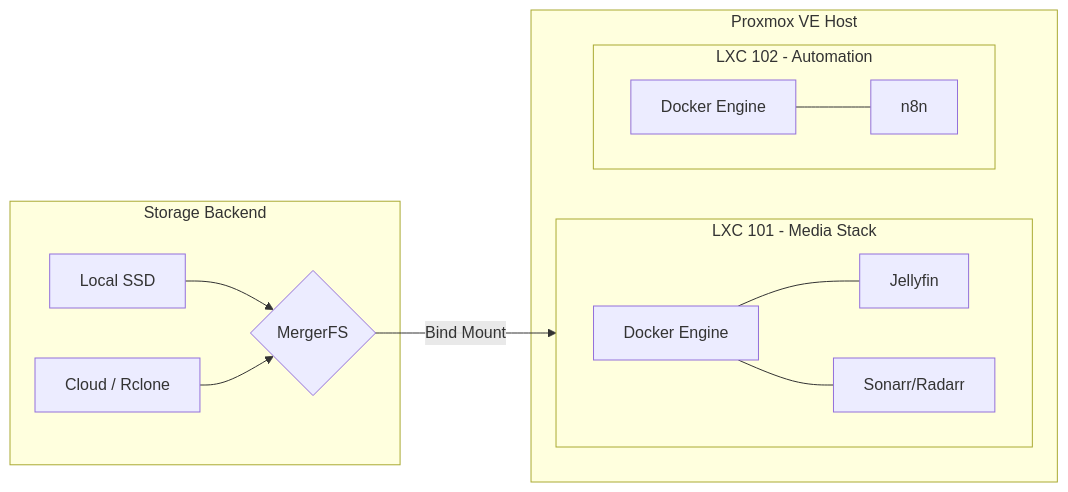
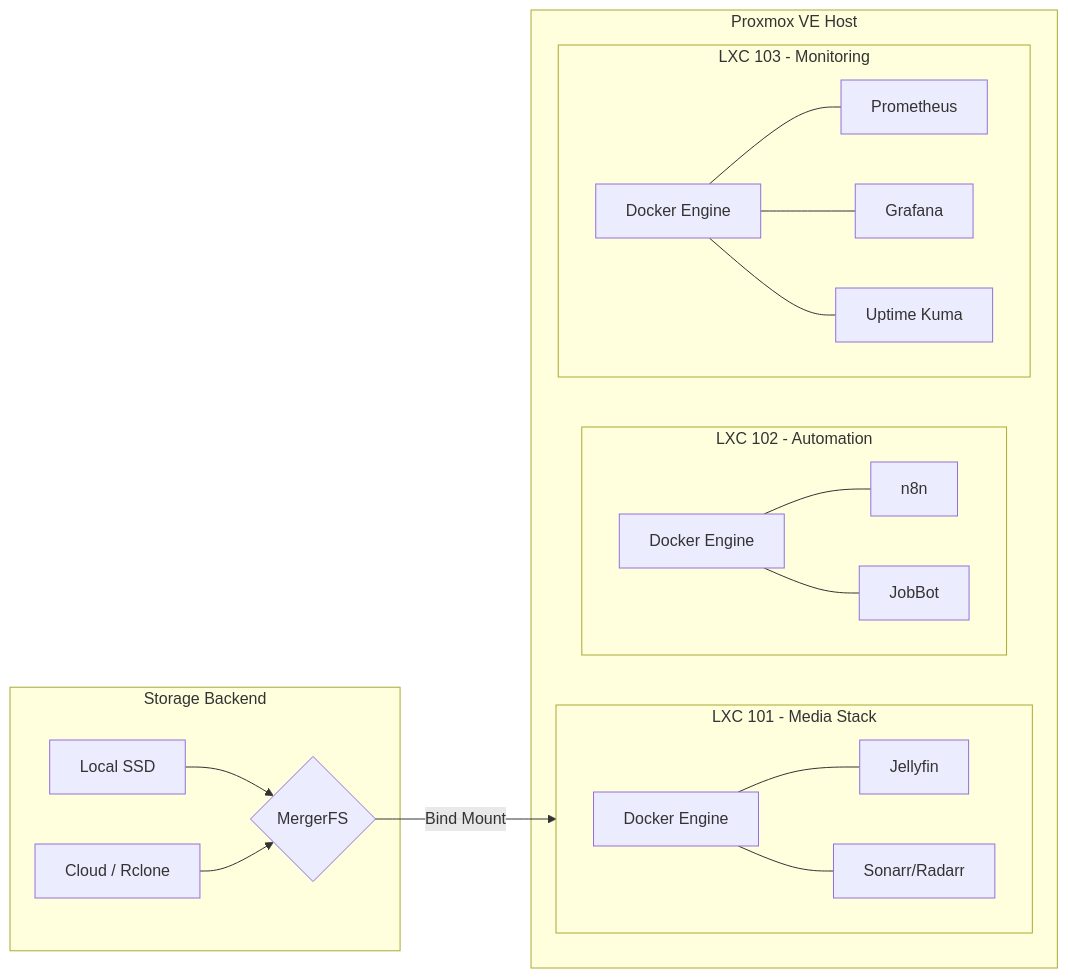
Before and after one commit to kromz-dev/homelab-infrastructure: the first of 3 diagrams in README.md, drawn with Mermaid. The commit also changed other lines of this file and 10 other files, not shown here.

````diff
--- a/README.md
+++ b/README.md
@@ -44,29 +44,38 @@
 ```mermaid
 flowchart LR
     subgraph Host [Proxmox VE Host]
         subgraph LXC101 [LXC 101 - Media Stack]
             direction LR
             Docker1[Docker Engine]
             Jellyfin[Jellyfin]
             Arrs[Sonarr/Radarr]
             Docker1 --- Jellyfin & Arrs
         end
         subgraph LXC102 [LXC 102 - Automation]
             direction LR
             Docker2[Docker Engine]
             n8n[n8n]
-            Docker2 --- n8n
+            JobBot[JobBot]
+            Docker2 --- n8n & JobBot
+        end
+        subgraph LXC103 [LXC 103 - Monitoring]
+            direction LR
+            Docker3[Docker Engine]
+            Prom[Prometheus]
+            Graf[Grafana]
+            Kuma[Uptime Kuma]
+            Docker3 --- Prom & Graf & Kuma
         end
     end
 
     subgraph Storage [Storage Backend]
         Local[Local SSD]
         Cloud[Cloud / Rclone]
         Pool{MergerFS}
         
         Local --> Pool
         Cloud --> Pool
     end
 
     Pool -->|Bind Mount| LXC101
 ```
````
